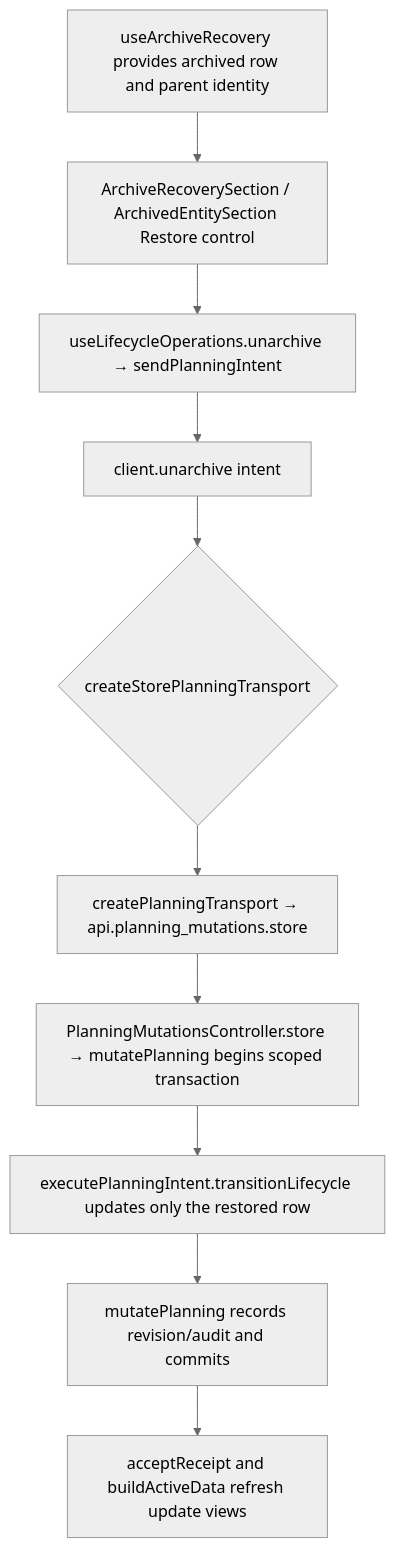
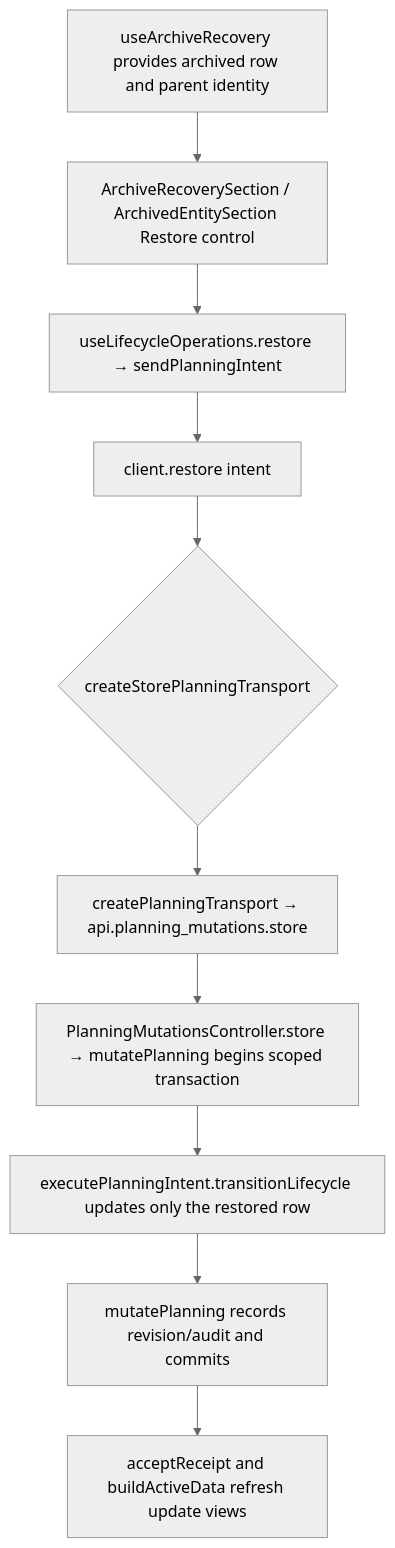
The second of 2 diagrams in user-stories/clients/US-CLI-06-restore-client.md (Kevinjohn/capacitylens), drawn with Mermaid (neutral theme) before and after one commit. The commit also changed 27 other files, not shown here.

First line of the commit message:
Restore operation: rename catalogue.unarchive and resource.unarchive to restore

````diff
--- a/user-stories/clients/US-CLI-06-restore-client.md
+++ b/user-stories/clients/US-CLI-06-restore-client.md
@@ -26,8 +26,8 @@
 ```mermaid
 flowchart TD
   A["useArchiveRecovery provides archived row and parent identity"] --> B["ArchiveRecoverySection / ArchivedEntitySection Restore control"]
-  B --> C["useLifecycleOperations.unarchive → sendPlanningIntent"] --> D["client.unarchive intent"]
+  B --> C["useLifecycleOperations.restore → sendPlanningIntent"] --> D["client.restore intent"]
   D --> E{"createStorePlanningTransport"}
   E --> F["createPlanningTransport → api.planning_mutations.store"] --> G["PlanningMutationsController.store → mutatePlanning begins scoped transaction"]
   G --> H["executePlanningIntent.transitionLifecycle updates only the restored row"] --> K["mutatePlanning records revision/audit and commits"] --> J["acceptReceipt and buildActiveData refresh update views"]
 ```
````
